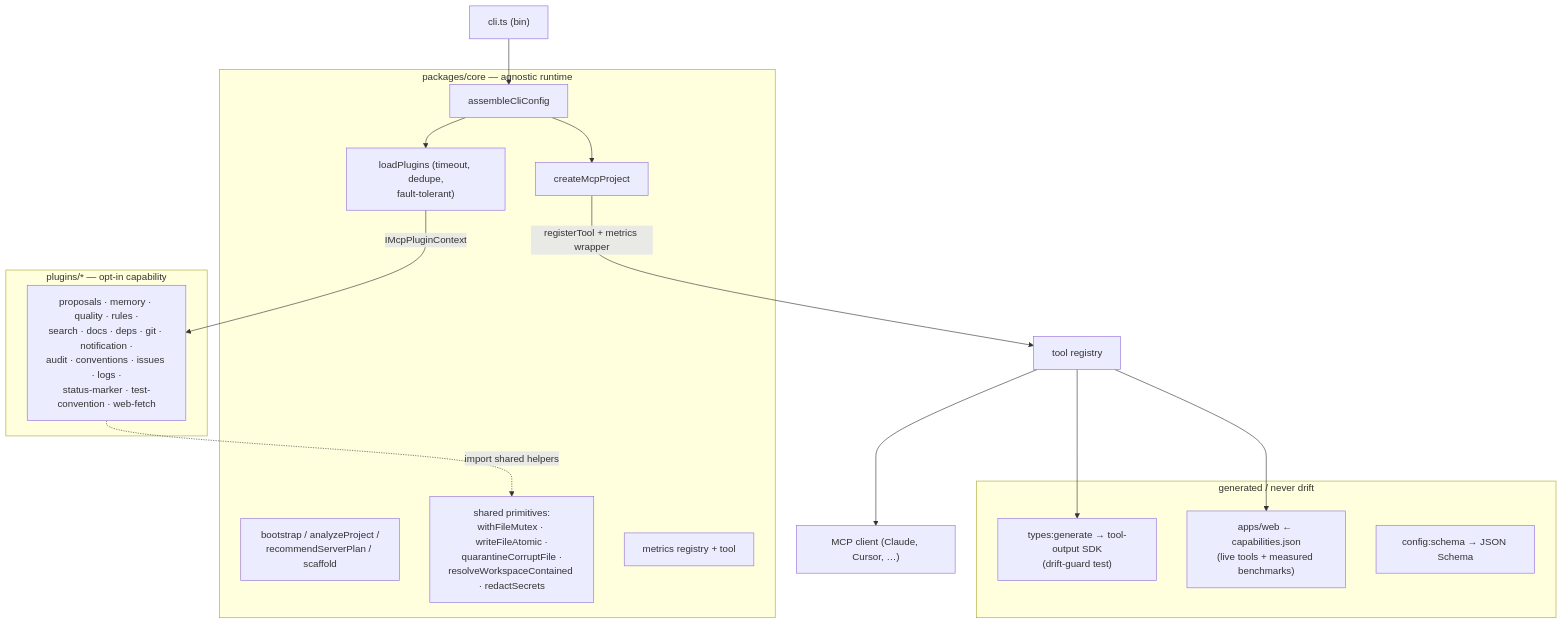
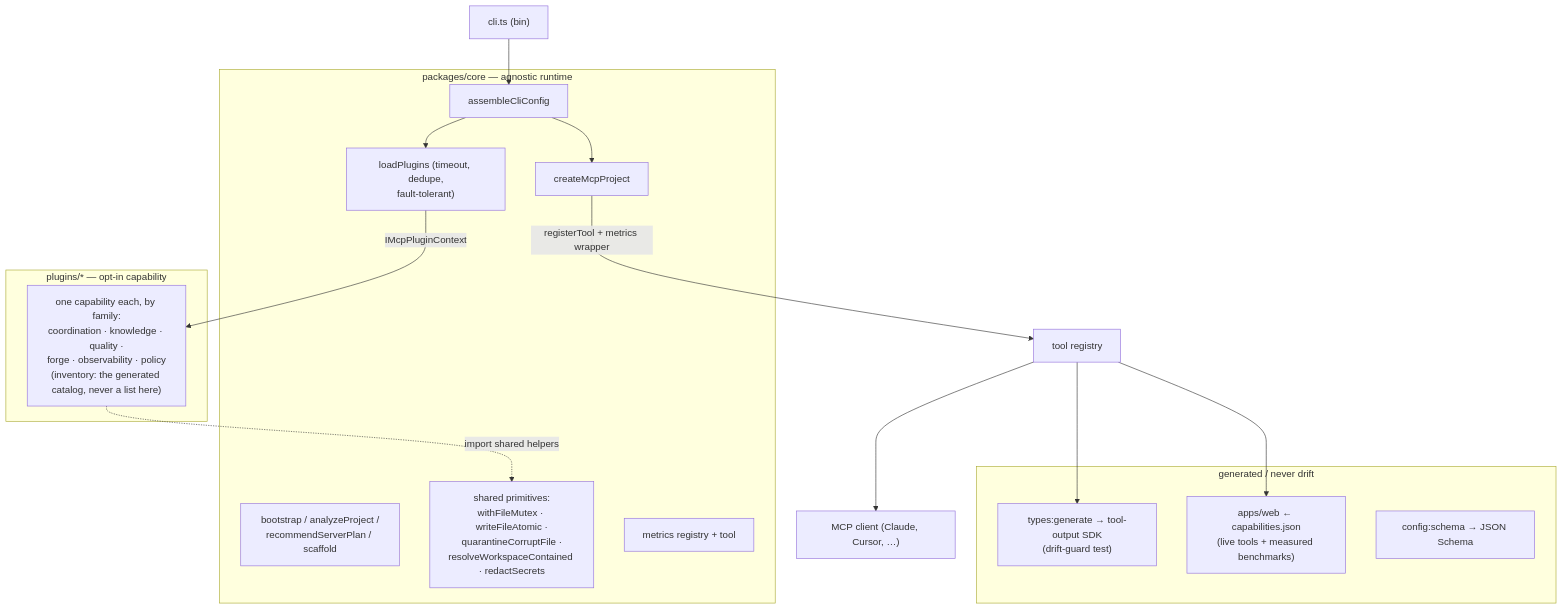
The diagram in docs/mcp-vertex/ARCHITECTURE.md (CartagoGit/DelendAI), drawn with Mermaid before and after one commit. The commit also changed other lines of this file and 3 other files, not shown here.

Commit message:
chore: update docs/mcp-vertex/ARCHITECTURE.md, docs/mcp-vertex/TOKEN-BUDGETS.md, plugins/project-kpis/src/lib/tools/project-kpis-output.schema.ts +1 more

````diff
--- a/docs/mcp-vertex/ARCHITECTURE.md
+++ b/docs/mcp-vertex/ARCHITECTURE.md
@@ -16,32 +16,32 @@
 ```mermaid
 graph TD
     CLI["cli.ts (bin)"] --> ASM["assembleCliConfig"]
     ASM --> LOAD["loadPlugins (timeout, dedupe,<br/>fault-tolerant)"]
     ASM --> SRV["createMcpProject"]
     LOAD -->|"IMcpPluginContext"| PLUGINS
     SRV -->|"registerTool + metrics wrapper"| REG["tool registry"]
 
     subgraph core["packages/core — agnostic runtime"]
         ASM
         LOAD
         SRV
         BOOT["bootstrap / analyzeProject /<br/>recommendServerPlan / scaffold"]
         SHARED["shared primitives:<br/>withFileMutex · writeFileAtomic ·<br/>quarantineCorruptFile ·<br/>resolveWorkspaceContained · redactSecrets"]
         METRICS["metrics registry + tool"]
     end
 
     subgraph plugins["plugins/* — opt-in capability"]
-        PLUGINS["proposals · memory · quality · rules ·<br/>search · docs · deps · git · notification ·<br/>audit · conventions · issues · logs ·<br/>status-marker · test-convention · web-fetch"]
+        PLUGINS["one capability each, by family:<br/>coordination · knowledge · quality ·<br/>forge · observability · policy<br/>(inventory: the generated catalog, never a list here)"]
     end
 
     PLUGINS -.->|"import shared helpers"| SHARED
     REG --> CLIENT["MCP client (Claude, Cursor, …)"]
 
     subgraph derived["generated / never drift"]
         SDK["types:generate → tool-output SDK<br/>(drift-guard test)"]
         WEB["apps/web ← capabilities.json<br/>(live tools + measured benchmarks)"]
         SCHEMA["config:schema → JSON Schema"]
     end
     REG --> SDK
     REG --> WEB
 ```
````
